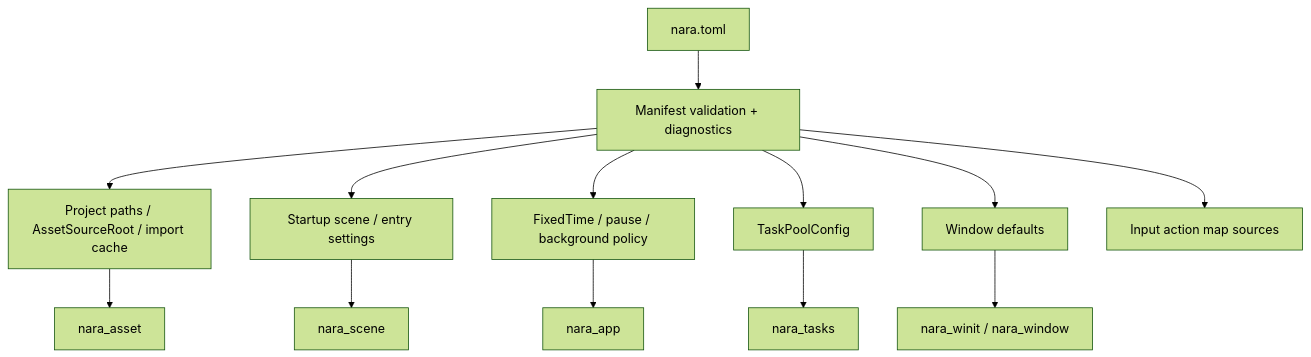
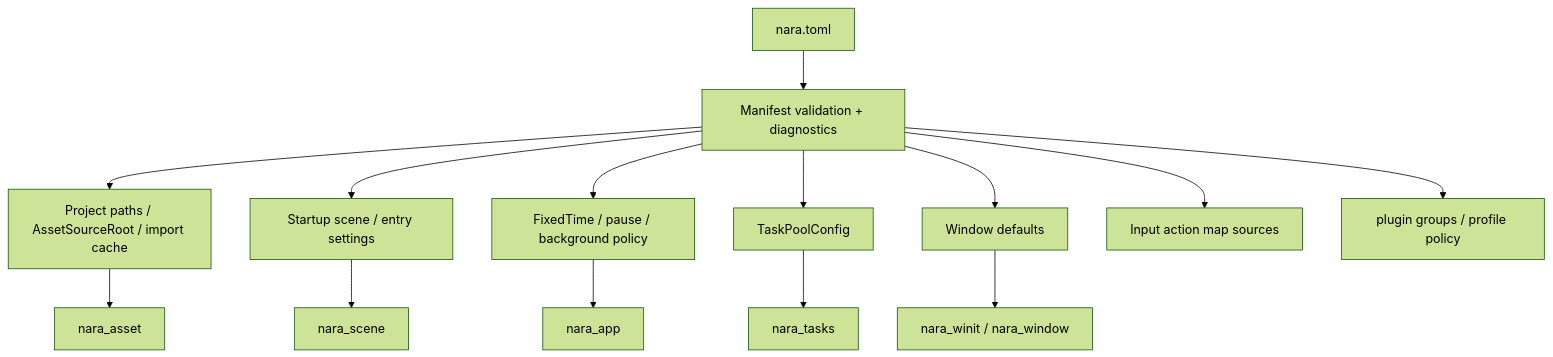
Before and after one commit to Latias94/nara: the diagram in docs/architecture/adr/0035-project-manifest-and-runtime-settings-authority.md, drawn with Mermaid (forest theme). The commit also changed other lines of this file and 12 other files, not shown here.

Commit message:
docs(architecture): define headless server readiness

````diff
--- a/docs/architecture/adr/0035-project-manifest-and-runtime-settings-authority.md
+++ b/docs/architecture/adr/0035-project-manifest-and-runtime-settings-authority.md
@@ -45,15 +47,16 @@
 ```mermaid
 flowchart TD
     Manifest[nara.toml] --> Validate[Manifest validation + diagnostics]
     Validate --> Paths[Project paths / AssetSourceRoot / import cache]
     Validate --> Startup[Startup scene / entry settings]
     Validate --> Runtime[FixedTime / pause / background policy]
     Validate --> Tasks[TaskPoolConfig]
     Validate --> Window[Window defaults]
     Validate --> Input[Input action map sources]
     Paths --> Asset[nara_asset]
     Startup --> Scene[nara_scene]
     Runtime --> App[nara_app]
     Tasks --> TaskPlugin[nara_tasks]
     Window --> Winit[nara_winit / nara_window]
+    Validate --> Profile[plugin groups / profile policy]
 ```
````
